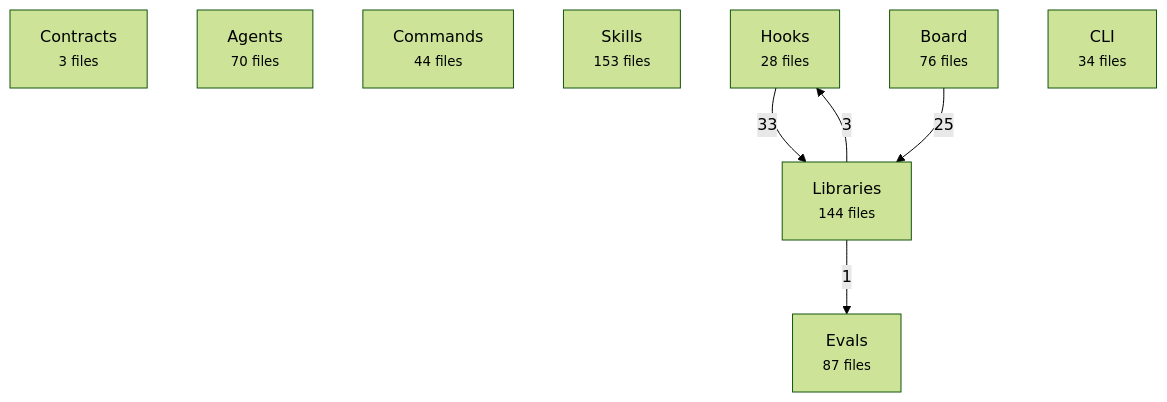
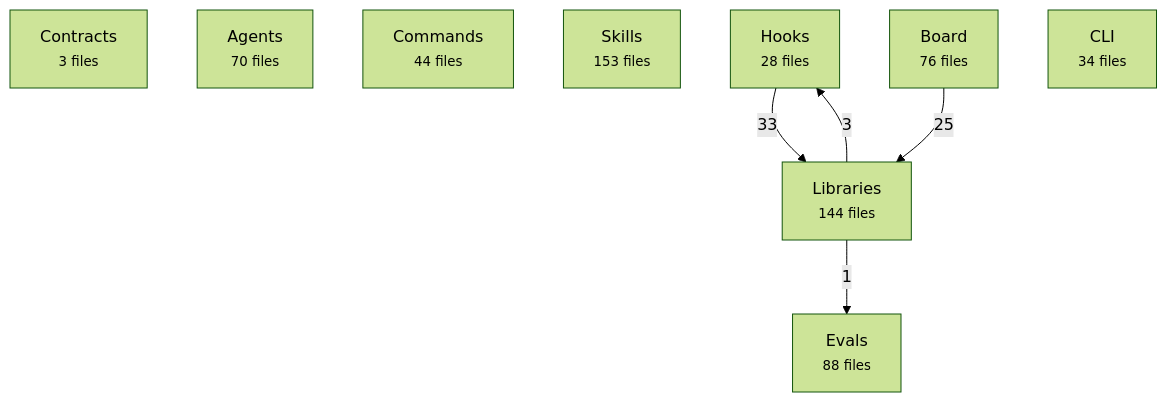
The first of 2 diagrams in docs/reference/architecture-map.md (avelikiy/great_cto), drawn with Mermaid (forest theme) before and after one commit. The commit also changed other lines of this file and 14 other files, not shown here.

````diff
--- a/docs/reference/architecture-map.md
+++ b/docs/reference/architecture-map.md
@@ -20,16 +20,16 @@
 ```mermaid
 flowchart TD
   contracts["Contracts<br/><small>3 files</small>"]
   agents["Agents<br/><small>70 files</small>"]
   commands["Commands<br/><small>44 files</small>"]
   skills["Skills<br/><small>153 files</small>"]
   hooks["Hooks<br/><small>28 files</small>"]
   libs["Libraries<br/><small>144 files</small>"]
   board["Board<br/><small>76 files</small>"]
   cli["CLI<br/><small>34 files</small>"]
-  evals["Evals<br/><small>87 files</small>"]
+  evals["Evals<br/><small>88 files</small>"]
   hooks -->|33| libs
   board -->|25| libs
   libs -->|3| hooks
   libs -->|1| evals
 ```
````
